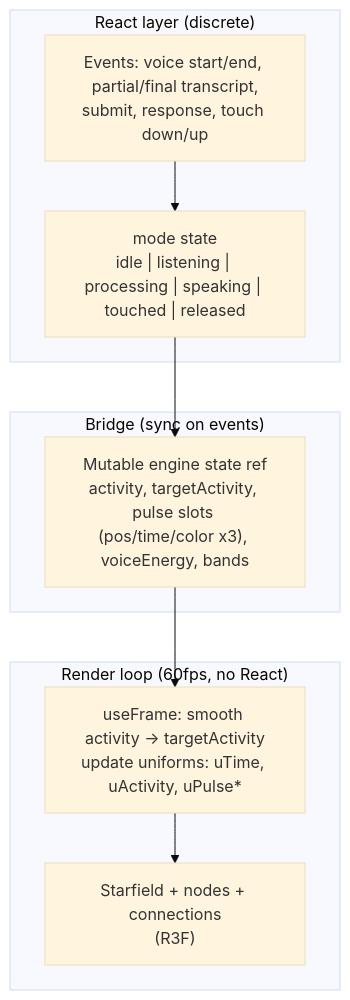
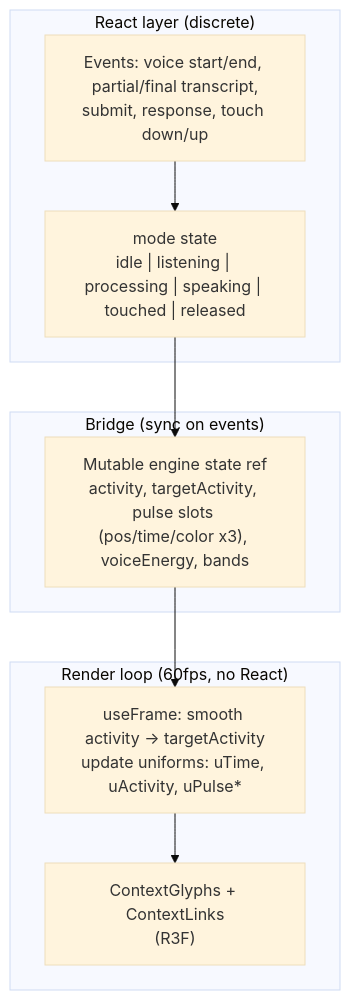
The diagram in docs/app-architecture.md (wpdildine/companion-app), drawn with Mermaid (base theme) before and after one commit. The commit also changed other lines of this file and 4 other files, not shown here.

````diff
--- a/docs/app-architecture.md
+++ b/docs/app-architecture.md
@@ -9,21 +9,21 @@
 ```mermaid
 flowchart TB
   subgraph react ["React layer (discrete)"]
     Mode["mode state\nidle | listening | processing | speaking | touched | released"]
     Events["Events: voice start/end, partial/final transcript,\nsubmit, response, touch down/up"]
   end
 
   subgraph bridge ["Bridge (sync on events)"]
     EngineRef["Mutable engine state ref\nactivity, targetActivity, pulse slots (pos/time/color x3), voiceEnergy, bands"]
   end
 
   subgraph loop ["Render loop (60fps, no React)"]
     useFrame["useFrame: smooth activity → targetActivity\nupdate uniforms: uTime, uActivity, uPulse*"]
-    Scene["Starfield + nodes + connections\n(R3F)"]
+    Scene["ContextGlyphs + ContextLinks\n(R3F)"]
   end
 
   Events --> Mode
   Mode --> EngineRef
   EngineRef --> useFrame
   useFrame --> Scene
 ```
````
